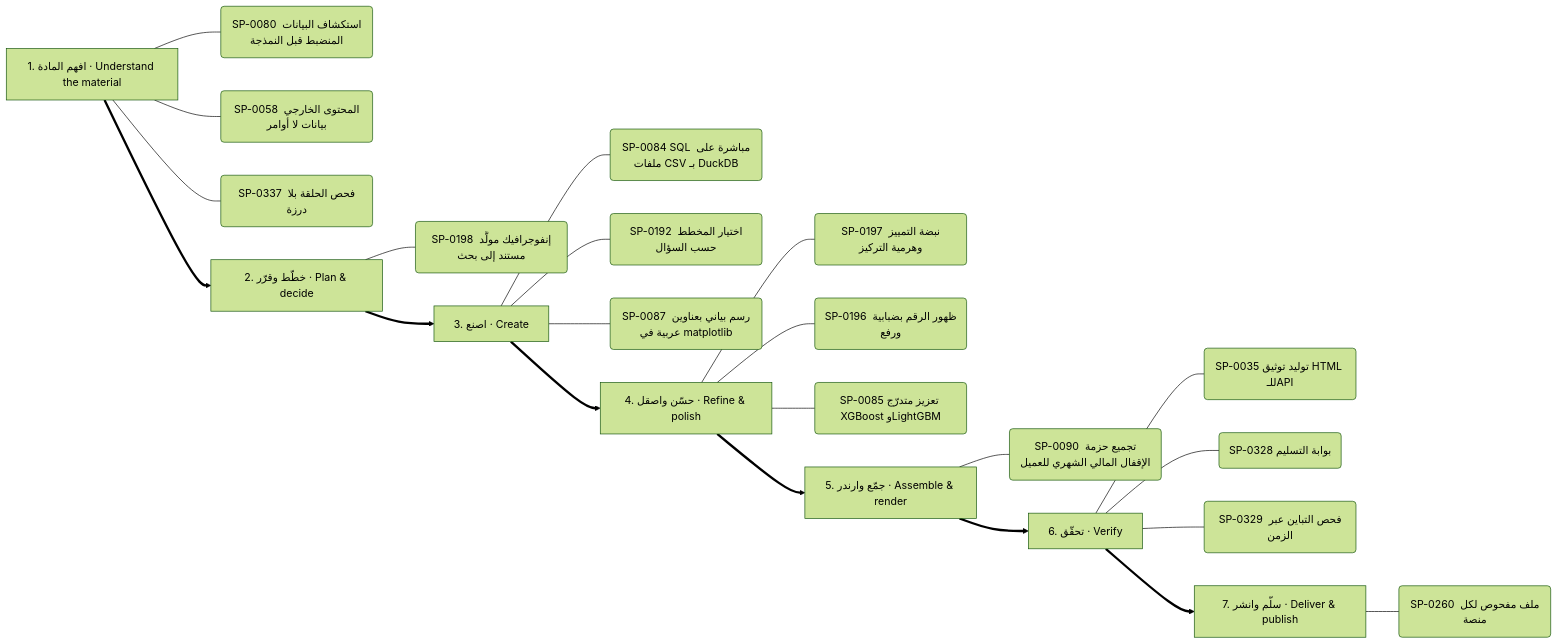
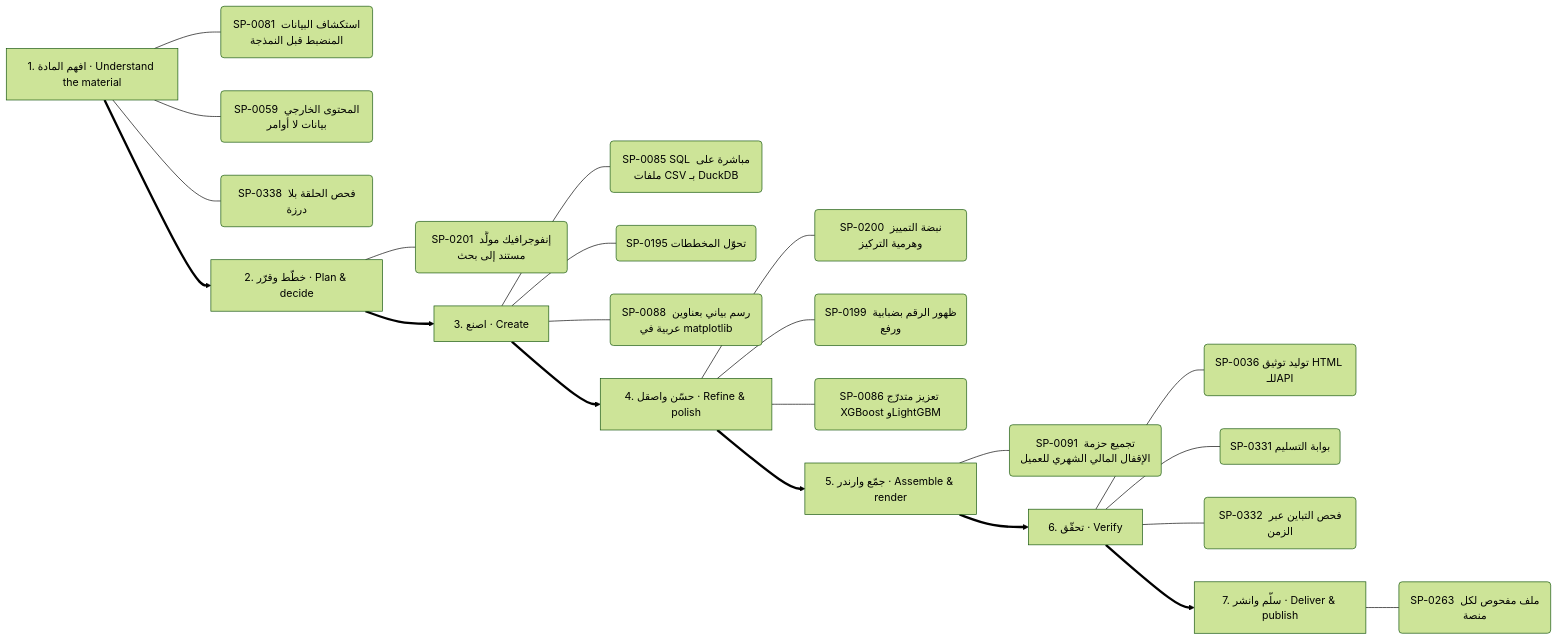
One commit to kosif199022-jpg/kosif-tool changed diagram 12 of 13 in .claude/skills/kosif-superpowers/references/capability-mindmap.md. Above: the diagram before and after it, drawn with Mermaid (forest theme). The commit also changed other lines of this file and 37 other files, not shown here.

````diff
--- a/.claude/skills/kosif-superpowers/references/capability-mindmap.md
+++ b/.claude/skills/kosif-superpowers/references/capability-mindmap.md
@@ -590,31 +591,31 @@
 ```mermaid
 flowchart LR
   S0["1. افهم المادة · Understand the material"]
-  S0 --- S0_0("SP-0080 استكشاف البيانات المنضبط قبل النمذجة")
-  S0 --- S0_1("SP-0058 المحتوى الخارجي بيانات لا أوامر")
-  S0 --- S0_2("SP-0337 فحص الحلقة بلا درزة")
+  S0 --- S0_0("SP-0081 استكشاف البيانات المنضبط قبل النمذجة")
+  S0 --- S0_1("SP-0059 المحتوى الخارجي بيانات لا أوامر")
+  S0 --- S0_2("SP-0338 فحص الحلقة بلا درزة")
   S1["2. خطّط وقرّر · Plan & decide"]
-  S1 --- S1_0("SP-0198 إنفوجرافيك مولَّد مستند إلى بحث")
+  S1 --- S1_0("SP-0201 إنفوجرافيك مولَّد مستند إلى بحث")
   S0 ==> S1
   S2["3. اصنع · Create"]
-  S2 --- S2_0("SP-0084 SQL مباشرة على ملفات CSV بـ DuckDB")
-  S2 --- S2_1("SP-0192 اختيار المخطط حسب السؤال")
-  S2 --- S2_2("SP-0087 رسم بياني بعناوين عربية في matplotlib")
+  S2 --- S2_0("SP-0085 SQL مباشرة على ملفات CSV بـ DuckDB")
+  S2 --- S2_1("SP-0195 تحوّل المخططات")
+  S2 --- S2_2("SP-0088 رسم بياني بعناوين عربية في matplotlib")
   S1 ==> S2
   S3["4. حسّن واصقل · Refine & polish"]
-  S3 --- S3_0("SP-0197 نبضة التمييز وهرمية التركيز")
-  S3 --- S3_1("SP-0196 ظهور الرقم بضبابية ورفع")
-  S3 --- S3_2("SP-0085 تعزيز متدرّج XGBoost وLightGBM")
+  S3 --- S3_0("SP-0200 نبضة التمييز وهرمية التركيز")
+  S3 --- S3_1("SP-0199 ظهور الرقم بضبابية ورفع")
+  S3 --- S3_2("SP-0086 تعزيز متدرّج XGBoost وLightGBM")
   S2 ==> S3
   S4["5. جمّع وارندر · Assemble & render"]
-  S4 --- S4_0("SP-0090 تجميع حزمة الإقفال المالي الشهري للعميل")
+  S4 --- S4_0("SP-0091 تجميع حزمة الإقفال المالي الشهري للعميل")
   S3 ==> S4
   S5["6. تحقّق · Verify"]
-  S5 --- S5_0("SP-0035 توليد توثيق HTML للـAPI")
-  S5 --- S5_1("SP-0328 بوابة التسليم")
-  S5 --- S5_2("SP-0329 فحص التباين عبر الزمن")
+  S5 --- S5_0("SP-0036 توليد توثيق HTML للـAPI")
+  S5 --- S5_1("SP-0331 بوابة التسليم")
+  S5 --- S5_2("SP-0332 فحص التباين عبر الزمن")
   S4 ==> S5
   S6["7. سلّم وانشر · Deliver & publish"]
-  S6 --- S6_0("SP-0260 ملف مفحوص لكل منصة")
+  S6 --- S6_0("SP-0263 ملف مفحوص لكل منصة")
   S5 ==> S6
 ```
````
